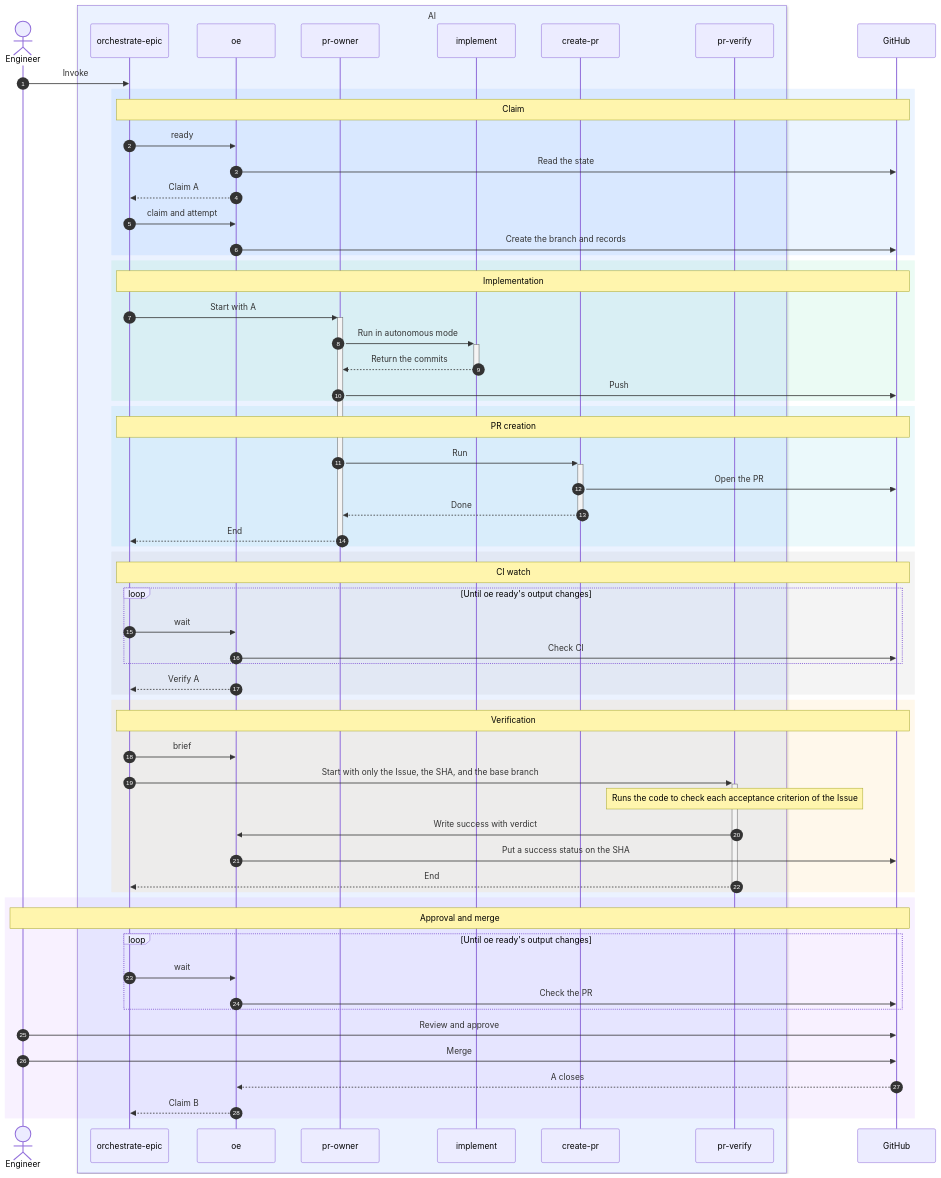
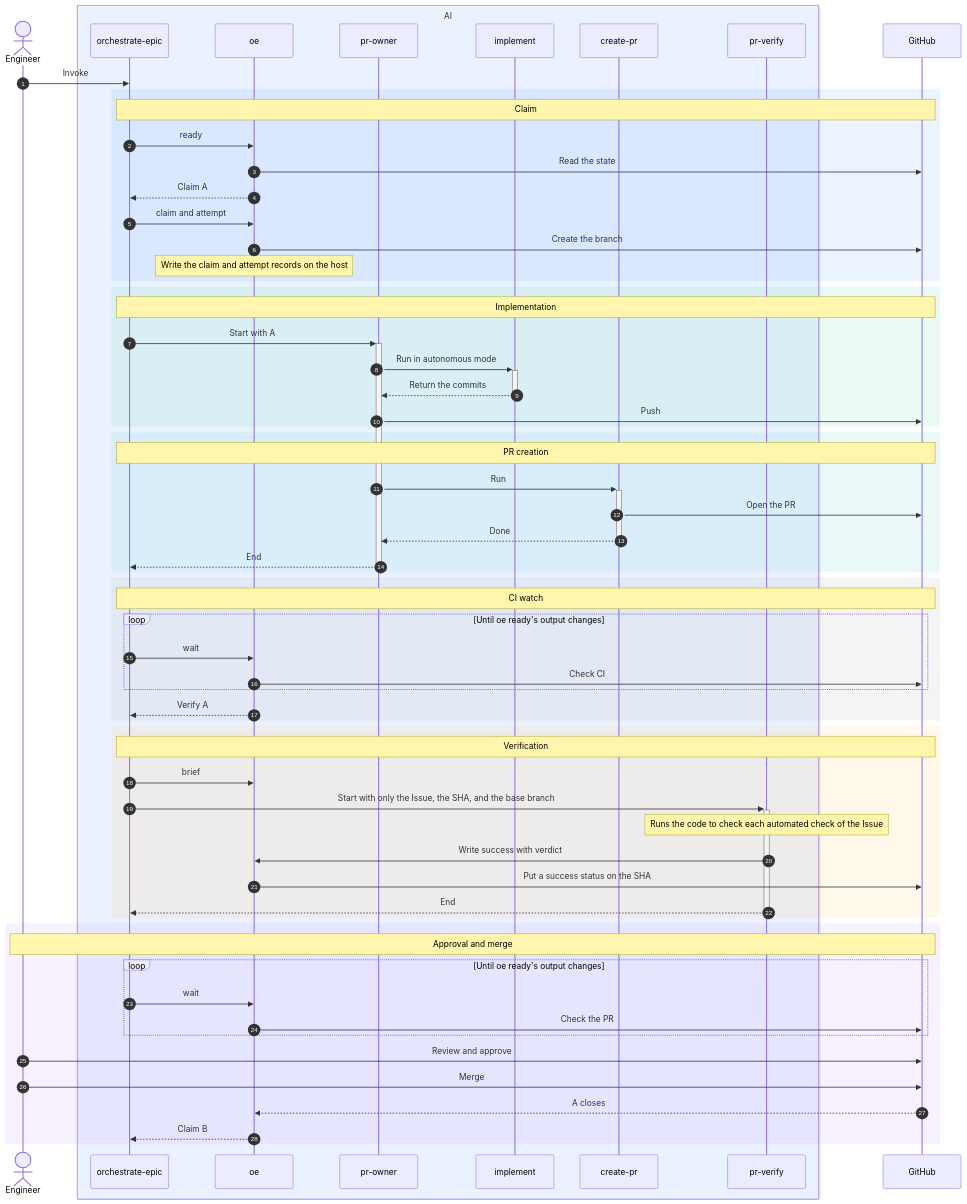
Before and after one commit to maro114510/skills: the second of 2 diagrams in docs/design/orchestrate-epic.md, drawn with Mermaid. The commit also changed other lines of this file, not shown here.

First line of the commit message:
docs(orchestrate-epic): plan local records, oe status, and split checks

````diff
--- a/docs/design/orchestrate-epic.md
+++ b/docs/design/orchestrate-epic.md
@@ -138,65 +145,66 @@
 ```mermaid
 sequenceDiagram
   autonumber
   actor H as Engineer
   box rgb(235,242,255) AI
     participant O as orchestrate-epic
     participant E as oe
     participant W as pr-owner
     participant I as implement
     participant C as create-pr
     participant V as pr-verify
   end
   participant G as GitHub
   H->>O: Invoke
   rect rgba(0,120,255,0.08)
     Note over O,G: Claim
     O->>E: ready
     E->>G: Read the state
     E-->>O: Claim A
     O->>E: claim and attempt
-    E->>G: Create the branch and records
+    E->>G: Create the branch
+    Note over E: Write the claim and attempt records on the host
   end
   rect rgba(0,200,120,0.08)
     Note over O,G: Implementation
     O->>+W: Start with A
     W->>+I: Run in autonomous mode
     I-->>-W: Return the commits
     W->>G: Push
   end
   rect rgba(0,180,200,0.08)
     Note over O,G: PR creation
     W->>+C: Run
     C->>G: Open the PR
     C-->>-W: Done
     W-->>-O: End
   end
   rect rgba(120,120,120,0.08)
     Note over O,G: CI watch
     loop Until oe ready's output changes
       O->>E: wait
       E->>G: Check CI
     end
     E-->>O: Verify A
   end
   rect rgba(255,160,0,0.08)
     Note over O,G: Verification
     O->>E: brief
     O->>+V: Start with only the Issue, the SHA, and the base branch
-    Note over V: Runs the code to check each acceptance criterion of the Issue
+    Note over V: Runs the code to check each automated check of the Issue
     V->>E: Write success with verdict
     E->>G: Put a success status on the SHA
     V-->>-O: End
   end
   rect rgba(160,80,255,0.08)
     Note over H,G: Approval and merge
     loop Until oe ready's output changes
       O->>E: wait
       E->>G: Check the PR
     end
     H->>G: Review and approve
     H->>G: Merge
     G-->>E: A closes
     E-->>O: Claim B
   end
 ```
````
